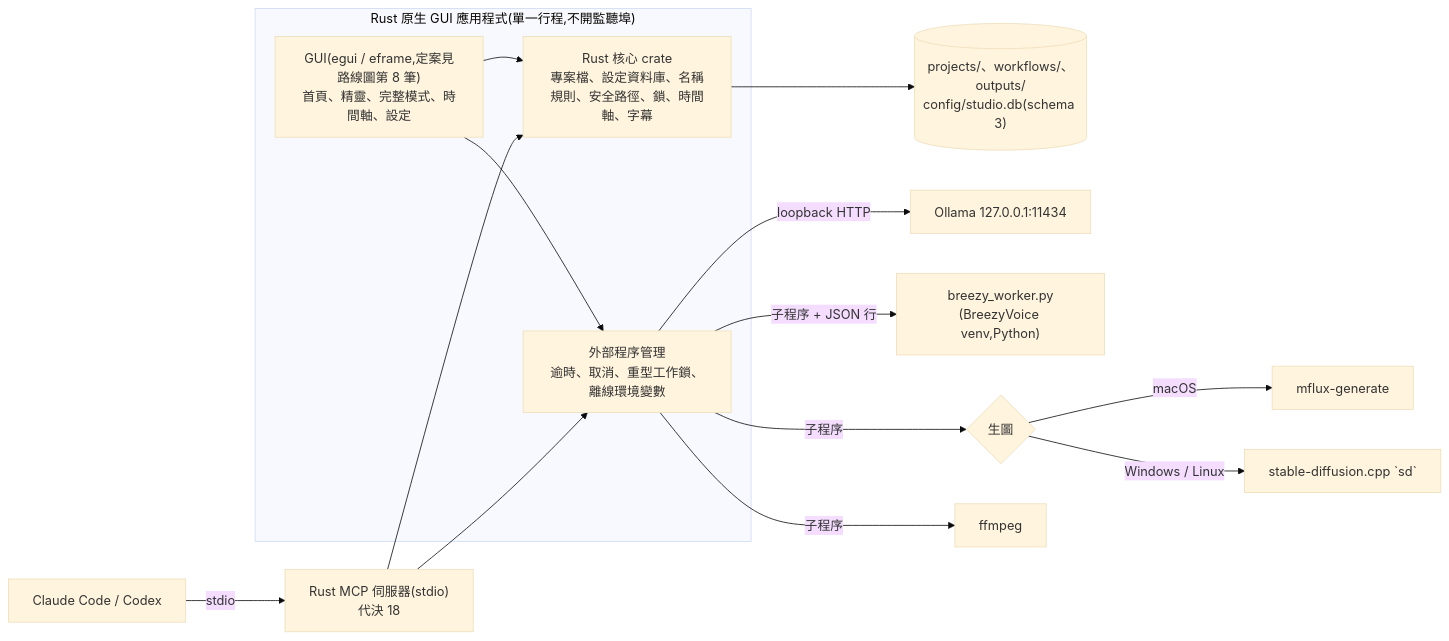
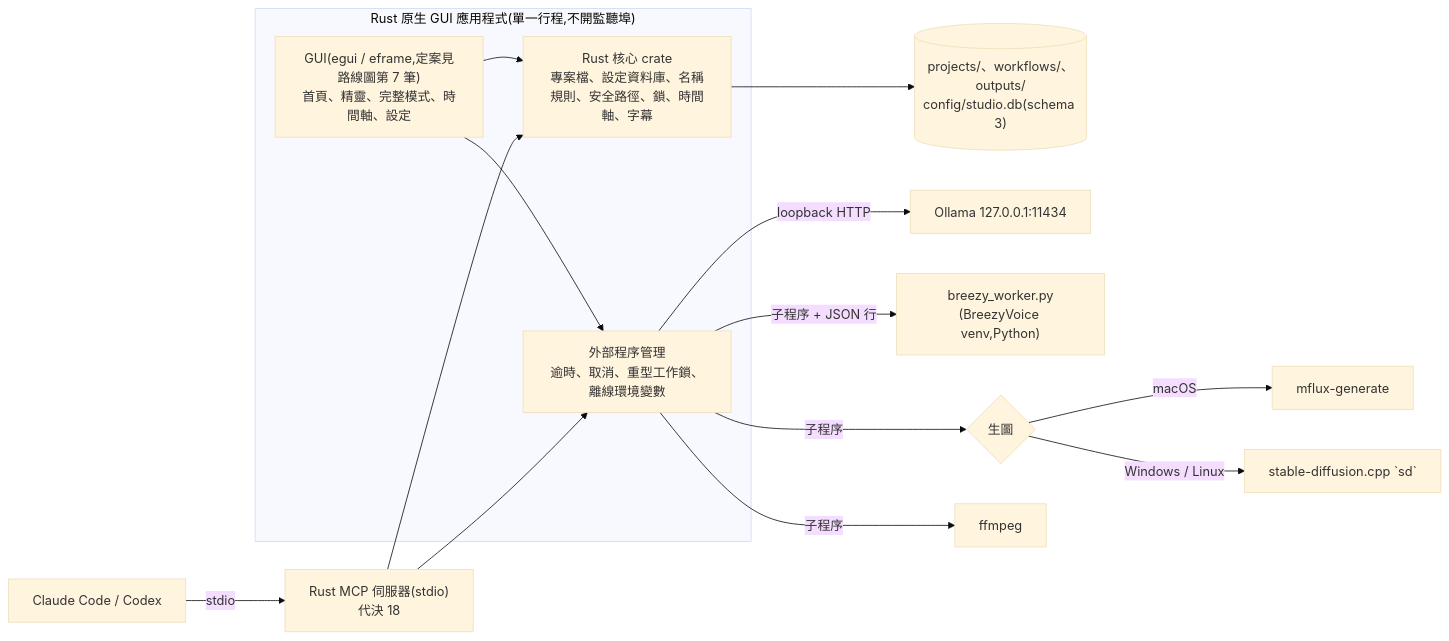
The first of 2 diagrams in docs/changes/CHG-20261122-02.md (kamira/podcast-studio), drawn with Mermaid (base theme) before and after one commit. The commit also changed other lines of this file, not shown here.

First line of the commit message:
CHG-20261122-02: 重排推導 4 點經使用者確認——names 與 value_checks 合併,路線圖 24 筆

````diff
--- a/docs/changes/CHG-20261122-02.md
+++ b/docs/changes/CHG-20261122-02.md
@@ -262,20 +261,20 @@
 ```mermaid
 flowchart LR
   subgraph App["Rust 原生 GUI 應用程式(單一行程,不開監聽埠)"]
-    UI["GUI(egui / eframe,定案見路線圖第 8 筆)<br/>首頁、精靈、完整模式、時間軸、設定"]
+    UI["GUI(egui / eframe,定案見路線圖第 7 筆)<br/>首頁、精靈、完整模式、時間軸、設定"]
     Core["Rust 核心 crate<br/>專案檔、設定資料庫、名稱規則、安全路徑、鎖、時間軸、字幕"]
     Proc["外部程序管理<br/>逾時、取消、重型工作鎖、離線環境變數"]
     UI --> Core
     UI --> Proc
   end
   MCP["Rust MCP 伺服器(stdio)<br/>代決 18"] --> Core
   MCP --> Proc
   Core --> Data[("projects/、workflows/、outputs/<br/>config/studio.db(schema 3)")]
   Proc -->|"loopback HTTP"| Ollama["Ollama 127.0.0.1:11434"]
   Proc -->|"子程序 + JSON 行"| Breezy["breezy_worker.py<br/>(BreezyVoice venv,Python)"]
   Proc -->|"子程序"| Img{"生圖"}
   Img -->|"macOS"| Mflux["mflux-generate"]
   Img -->|"Windows / Linux"| Sdcpp["stable-diffusion.cpp `sd`"]
   Proc -->|"子程序"| Ffmpeg["ffmpeg"]
   Client["Claude Code / Codex"] -->|"stdio"| MCP
 ```
````
